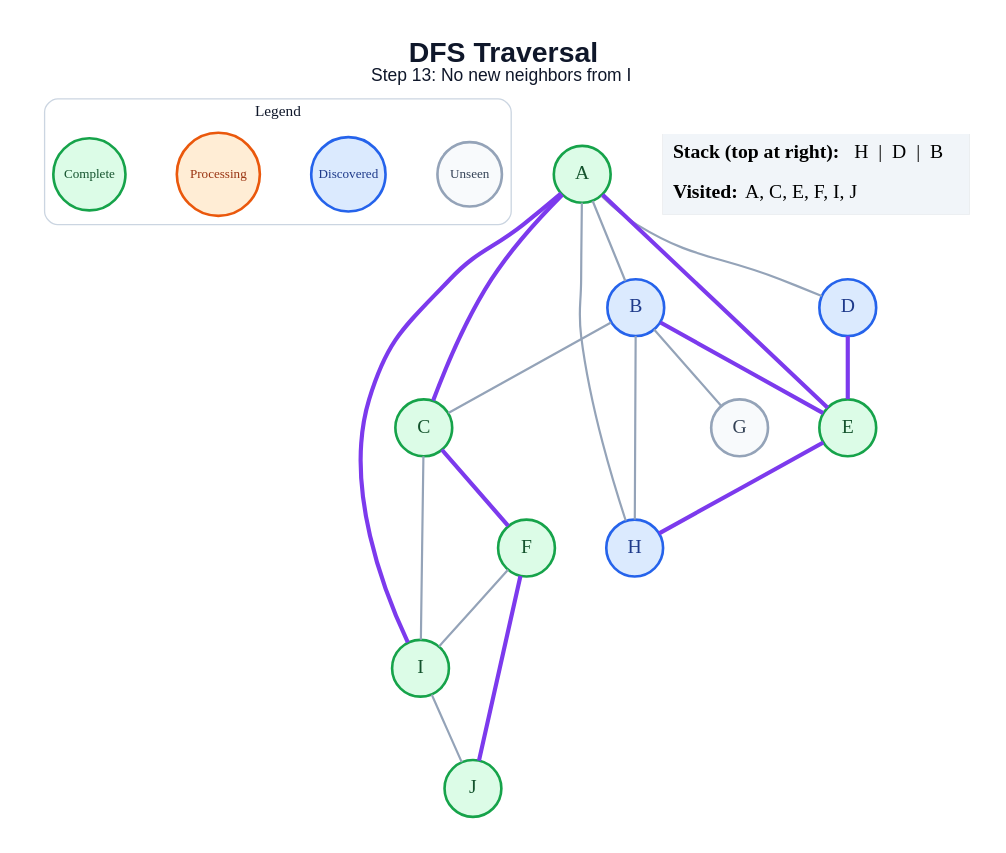
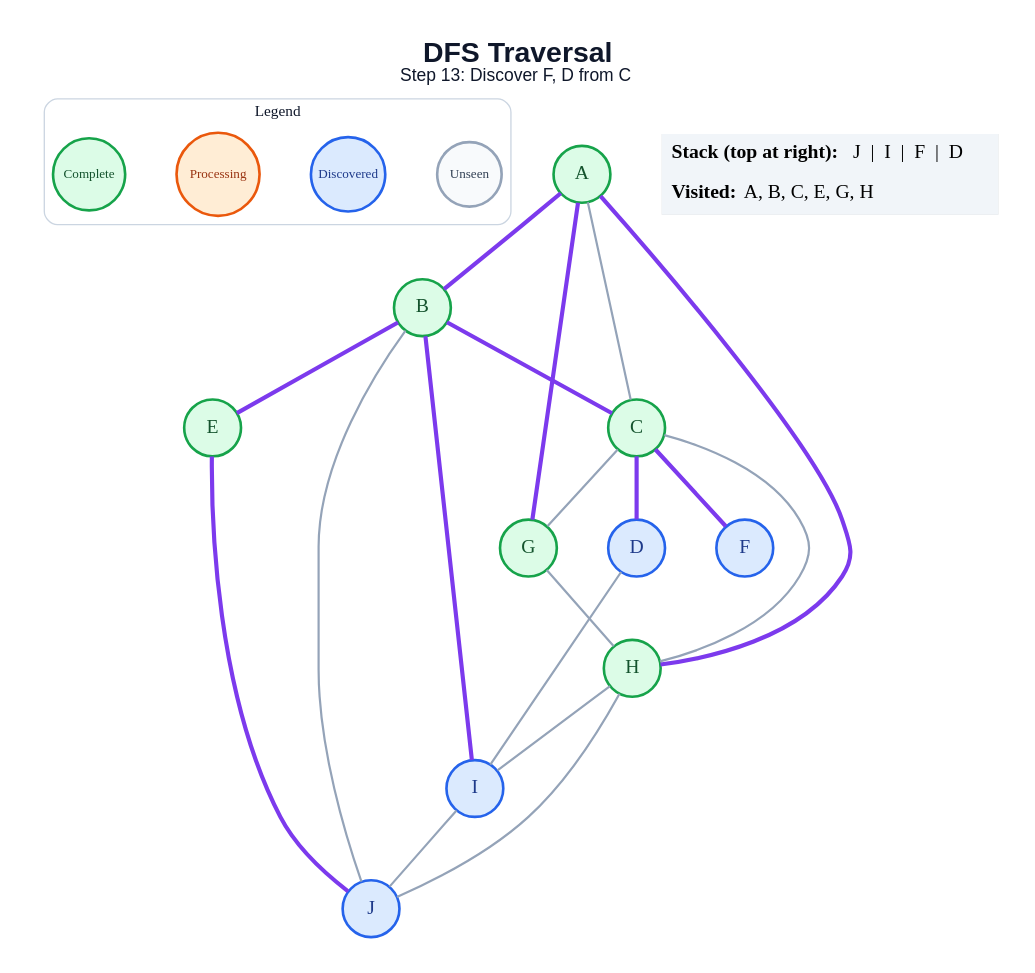
Before and after one commit to amanghodawala9/ai-slop: the diagram in generated/specific-node/dfs/step_13.dot, drawn with Graphviz. The commit also changed 178 other files, not shown here.

```diff
--- a/generated/specific-node/dfs/step_13.dot
+++ b/generated/specific-node/dfs/step_13.dot
@@ -1,46 +1,47 @@
 graph traversal {
   graph [layout=dot, rankdir=TB, bgcolor="#FFFFFF", pad="0.35", nodesep="0.65", ranksep="0.8", fontname="Arial"];
   node [shape=circle, style="filled", fontname="Arial Bold", fontsize=18, width=0.72, fixedsize=true, penwidth=2.4];
   edge [color="#94A3B8", penwidth=2.0];
-  label=<<B>DFS Traversal</B><BR/><FONT POINT-SIZE="16">Step 13: No new neighbors from I</FONT>>; labelloc="t"; fontsize=26; fontname="Arial"; fontcolor="#0F172A";
+  label=<<B>DFS Traversal</B><BR/><FONT POINT-SIZE="16">Step 13: Discover F, D from C</FONT>>; labelloc="t"; fontsize=26; fontname="Arial"; fontcolor="#0F172A";
   subgraph cluster_legend { label="Legend"; color="#CBD5E1"; penwidth=1.2; style="rounded"; fontsize=14; fontname="Arial Bold";
     key_unseen [label="Unseen", fillcolor="#F8FAFC", color="#94A3B8", fontcolor="#334155", fontsize=12, width=0.82];
     key_frontier [label="Discovered", fillcolor="#DBEAFE", color="#2563EB", fontcolor="#1E3A8A", fontsize=12, width=0.95];
     key_current [label="Processing", fillcolor="#FFEDD5", color="#EA580C", fontcolor="#9A3412", fontsize=12, width=1.05];
     key_done [label="Complete", fillcolor="#DCFCE7", color="#16A34A", fontcolor="#14532D", fontsize=12, width=0.92];
     { rank=same; key_unseen; key_frontier; key_current; key_done; }
   }
   A [fillcolor="#DCFCE7", color="#16A34A", fontcolor="#14532D"];
-  B [fillcolor="#DBEAFE", color="#2563EB", fontcolor="#1E3A8A"];
+  B [fillcolor="#DCFCE7", color="#16A34A", fontcolor="#14532D"];
   C [fillcolor="#DCFCE7", color="#16A34A", fontcolor="#14532D"];
   D [fillcolor="#DBEAFE", color="#2563EB", fontcolor="#1E3A8A"];
   E [fillcolor="#DCFCE7", color="#16A34A", fontcolor="#14532D"];
-  F [fillcolor="#DCFCE7", color="#16A34A", fontcolor="#14532D"];
-  G [fillcolor="#F8FAFC", color="#94A3B8", fontcolor="#334155"];
-  H [fillcolor="#DBEAFE", color="#2563EB", fontcolor="#1E3A8A"];
-  I [fillcolor="#DCFCE7", color="#16A34A", fontcolor="#14532D"];
-  J [fillcolor="#DCFCE7", color="#16A34A", fontcolor="#14532D"];
-  A -- B;
-  A -- C [color="#7C3AED", penwidth=3.8];
-  A -- D;
-  A -- E [color="#7C3AED", penwidth=3.8];
-  A -- H;
-  A -- I [color="#7C3AED", penwidth=3.8];
-  B -- C;
+  F [fillcolor="#DBEAFE", color="#2563EB", fontcolor="#1E3A8A"];
+  G [fillcolor="#DCFCE7", color="#16A34A", fontcolor="#14532D"];
+  H [fillcolor="#DCFCE7", color="#16A34A", fontcolor="#14532D"];
+  I [fillcolor="#DBEAFE", color="#2563EB", fontcolor="#1E3A8A"];
+  J [fillcolor="#DBEAFE", color="#2563EB", fontcolor="#1E3A8A"];
+  A -- B [color="#7C3AED", penwidth=3.8];
+  A -- C;
+  A -- G [color="#7C3AED", penwidth=3.8];
+  A -- H [color="#7C3AED", penwidth=3.8];
+  B -- C [color="#7C3AED", penwidth=3.8];
   B -- E [color="#7C3AED", penwidth=3.8];
-  B -- G;
-  B -- H;
+  B -- I [color="#7C3AED", penwidth=3.8];
+  B -- J;
+  C -- D [color="#7C3AED", penwidth=3.8];
   C -- F [color="#7C3AED", penwidth=3.8];
-  C -- I;
-  D -- E [color="#7C3AED", penwidth=3.8];
-  E -- H [color="#7C3AED", penwidth=3.8];
-  F -- I;
-  F -- J [color="#7C3AED", penwidth=3.8];
+  C -- G;
+  C -- H;
+  D -- I;
+  E -- J [color="#7C3AED", penwidth=3.8];
+  G -- H;
+  H -- I;
+  H -- J;
   I -- J;
   status [shape=plain, fixedsize=false, width=0, height=0, margin=0, label=<
     <TABLE BORDER="0" CELLBORDER="0" CELLPADDING="7" BGCOLOR="#F1F5F9">
-      <TR><TD ALIGN="LEFT"><B>Stack (top at right):</B> H  |  D  |  B</TD></TR>
-      <TR><TD ALIGN="LEFT"><B>Visited:</B> A, C, E, F, I, J</TD></TR>
+      <TR><TD ALIGN="LEFT"><B>Stack (top at right):</B> J  |  I  |  F  |  D</TD></TR>
+      <TR><TD ALIGN="LEFT"><B>Visited:</B> A, B, C, E, G, H</TD></TR>
     </TABLE>
   >];
 }
```
